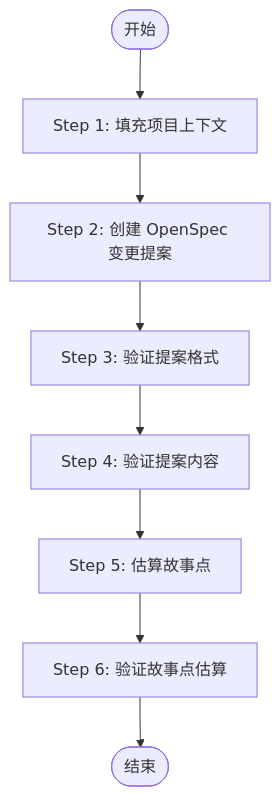
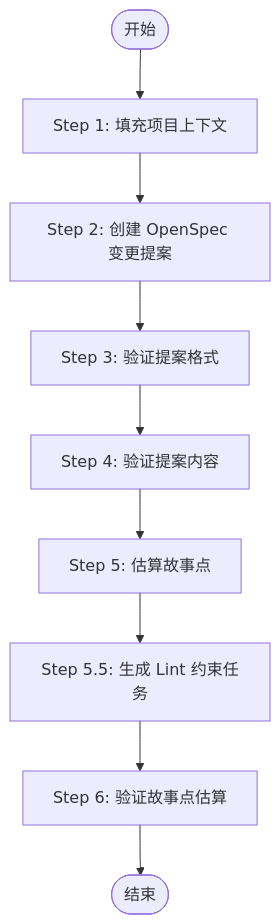
One commit to Whisper24X/personal changed the diagram in skills/project-management/SKILL.md. Above: the diagram before and after it, drawn with Mermaid. The commit also changed other lines of this file and 1 other file, not shown here.

````diff
--- a/skills/project-management/SKILL.md
+++ b/skills/project-management/SKILL.md
@@ -14,19 +14,21 @@
 ```mermaid
 flowchart TD
     start([开始])
     end_node([结束])
     step1[Step 1: 填充项目上下文]
     step2[Step 2: 创建 OpenSpec 变更提案]
     step3[Step 3: 验证提案格式]
     step4[Step 4: 验证提案内容]
     step5[Step 5: 估算故事点]
+    step5_5[Step 5.5: 生成 Lint 约束任务]
     step6[Step 6: 验证故事点估算]
 
     start --> step1
     step1 --> step2
     step2 --> step3
     step3 --> step4
     step4 --> step5
-    step5 --> step6
+    step5 --> step5_5
+    step5_5 --> step6
     step6 --> end_node
 ```
````
